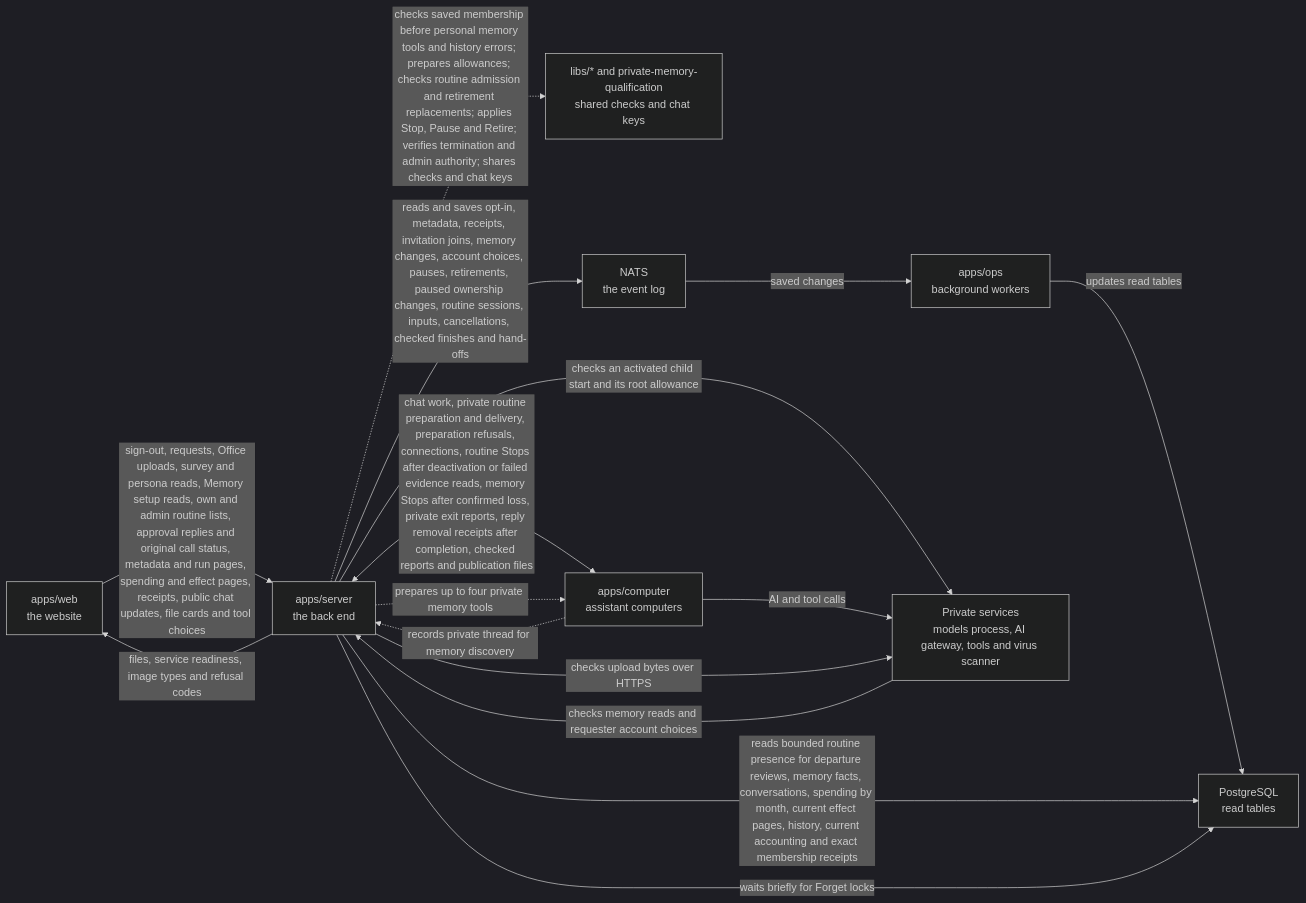
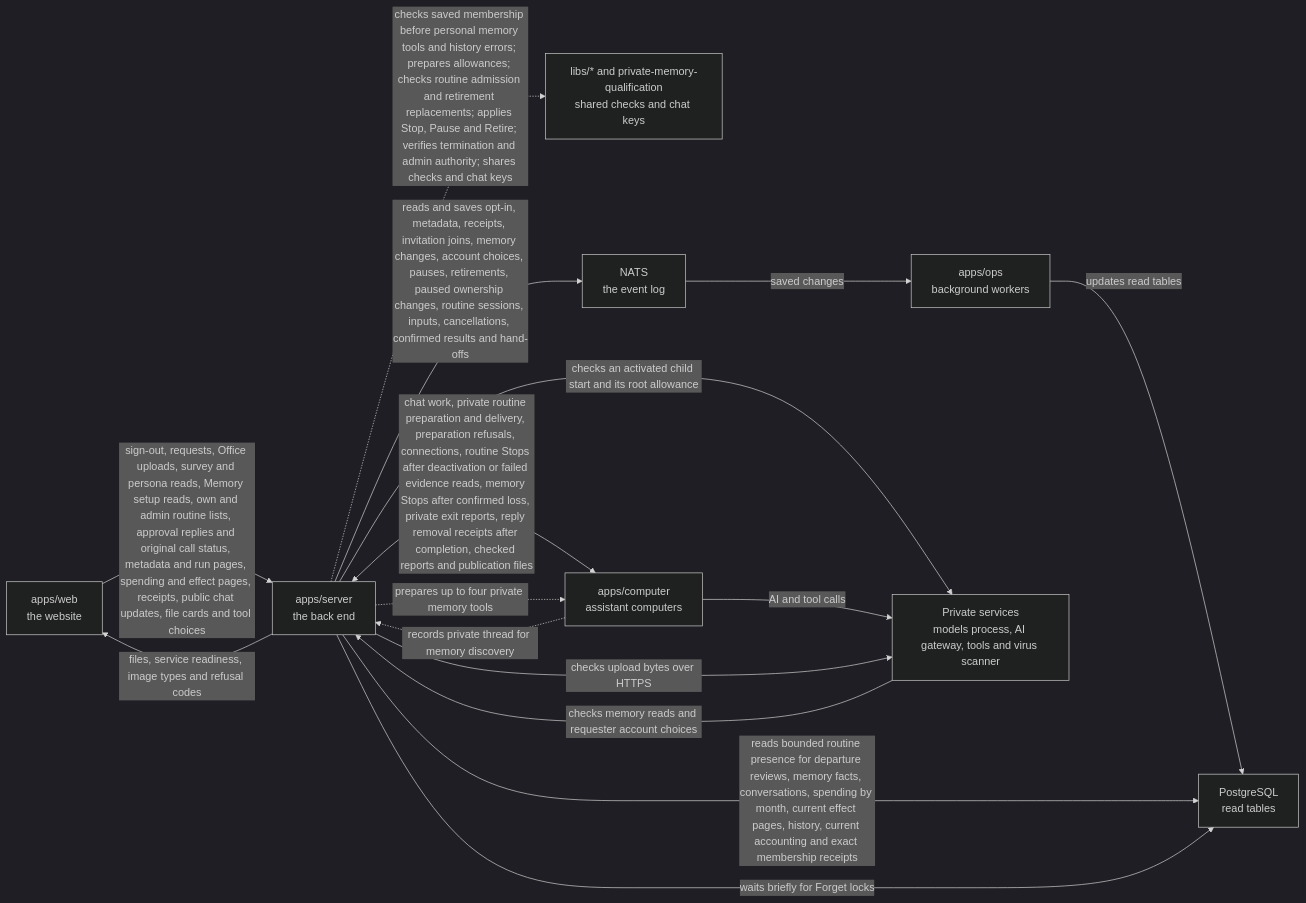
The diagram in apps/server/README.md (elewa-git/opencrane-new), drawn with Mermaid (dark theme) before and after one commit. The commit also changed other lines of this file and 11 other files, not shown here.

````diff
--- a/apps/server/README.md
+++ b/apps/server/README.md
@@ -196,18 +200,18 @@
 ```mermaid
 flowchart LR
   web["apps/web<br/>the website"] -->|sign-out, requests, Office uploads, survey and persona reads, Memory setup reads, own and admin routine lists, approval replies and original call status, metadata and run pages, spending and effect pages, receipts, public chat updates, file cards and tool choices| server["apps/server<br/>the back end"]
   server -.->|checks saved membership before personal memory tools and history errors; prepares allowances; checks routine admission and retirement replacements; applies Stop, Pause and Retire; verifies termination and admin authority; shares checks and chat keys| libs["libs/* and private-memory-qualification<br/>shared checks and chat keys"]
-  server -->|reads and saves opt-in, metadata, receipts, invitation joins, memory changes, account choices, pauses, retirements, paused ownership changes, routine sessions, inputs, cancellations, checked finishes and hand-offs| nats["NATS<br/>the event log"]
+  server -->|reads and saves opt-in, metadata, receipts, invitation joins, memory changes, account choices, pauses, retirements, paused ownership changes, routine sessions, inputs, cancellations, confirmed results and hand-offs| nats["NATS<br/>the event log"]
   nats -->|saved changes| ops["apps/ops<br/>background workers"]
   ops -->|updates read tables| postgres["PostgreSQL<br/>read tables"]
   server -->|reads bounded routine presence for departure reviews, memory facts, conversations, spending by month, current effect pages, history, current accounting and exact membership receipts| postgres
   server -->|waits briefly for Forget locks| postgres
   server <-->|chat work, private routine preparation and delivery, preparation refusals, connections, routine Stops after deactivation or failed evidence reads, memory Stops after confirmed loss, private exit reports, reply removal receipts after completion, checked reports and publication files| computer["apps/computer<br/>assistant computers"]
   server -->|checks an activated child start and its root allowance| runtime
   computer -.->|records private thread for memory discovery| server
   server -.->|prepares up to four private memory tools| computer
   computer -->|AI and tool calls| runtime["Private services<br/>models process, AI gateway, tools and virus scanner"]
   server -->|files, service readiness, image types and refusal codes| web
   server -->|checks upload bytes over HTTPS| runtime
   runtime -->|checks memory reads and requester account choices| server
 ```
````
